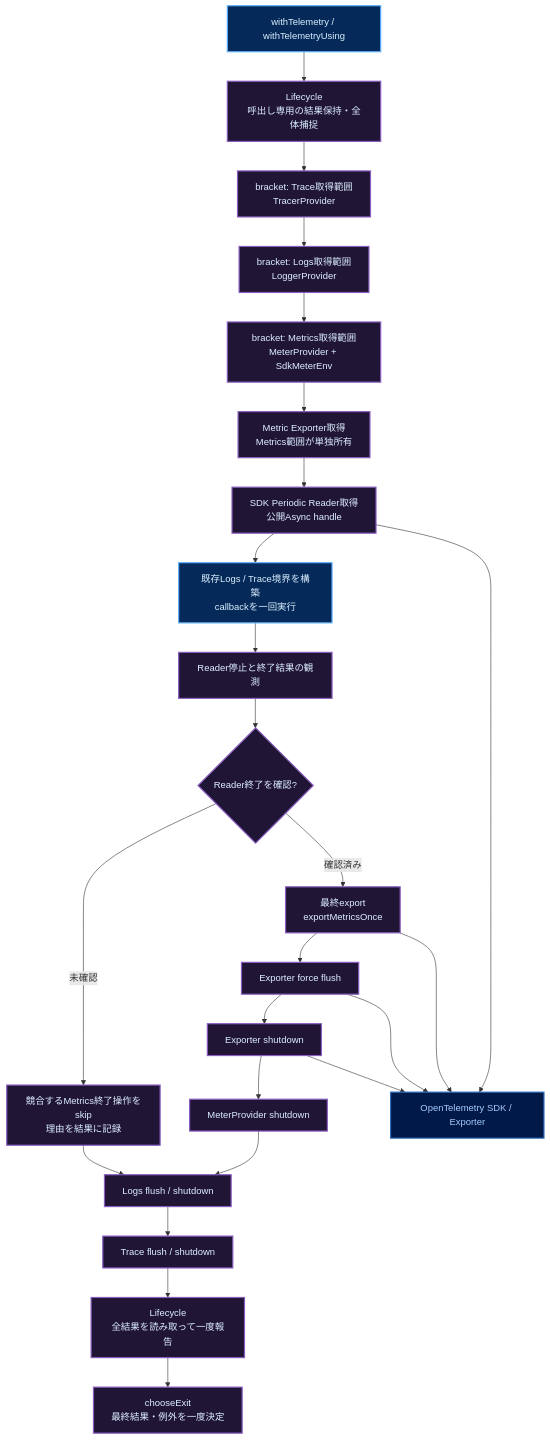
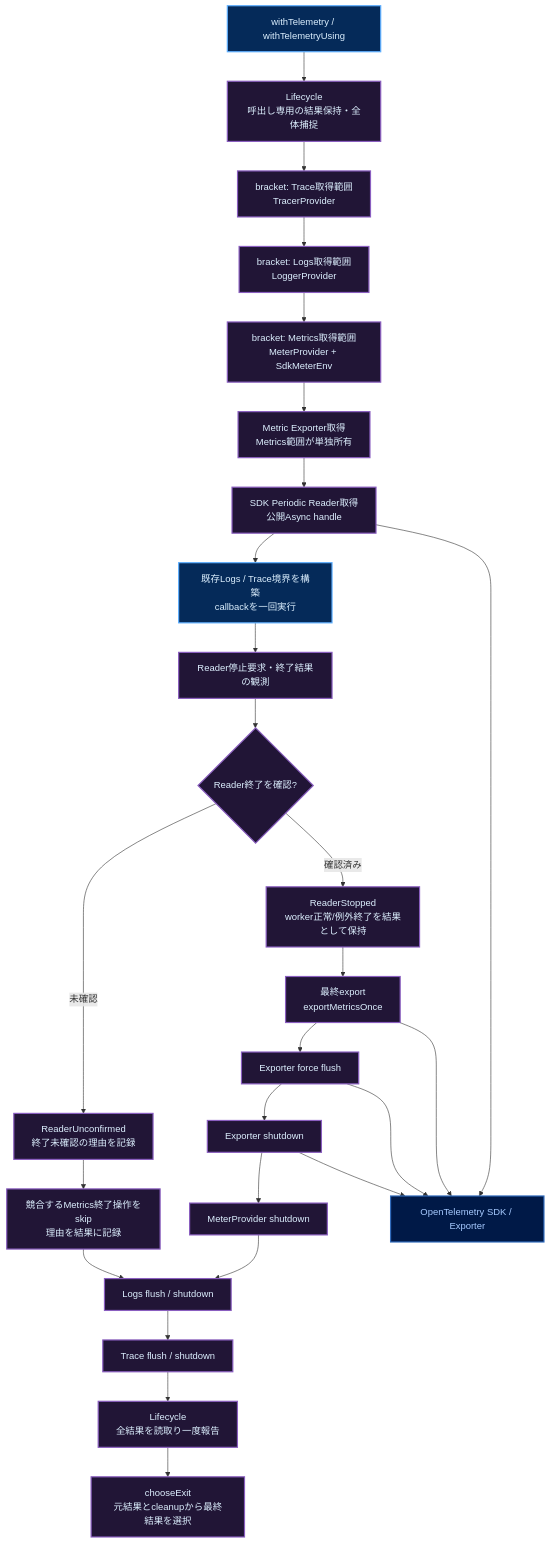
Before and after one commit to takashit16833/Workbench: the third of 4 diagrams in Notes/RAGScope/RAGScopeアプリケーション/RAGScopeアプリケーション Haskellライブラリ・モジュールマップ.md, drawn with Mermaid. The commit also changed other lines of this file, not shown here.

Commit message:
docs: align RS-0024 module map with separated SDK lifecycle plan

````diff
--- a/Notes/RAGScope/RAGScopeアプリケーション/RAGScopeアプリケーション Haskellライブラリ・モジュールマップ.md
+++ b/Notes/RAGScope/RAGScopeアプリケーション/RAGScopeアプリケーション Haskellライブラリ・モジュールマップ.md
@@ -140,41 +144,43 @@
 ```mermaid
 flowchart TB
   root["withTelemetry / withTelemetryUsing"]
   scope["Lifecycle<br/>呼出し専用の結果保持・全体捕捉"]
   trace["bracket: Trace取得範囲<br/>TracerProvider"]
   logs["bracket: Logs取得範囲<br/>LoggerProvider"]
   meter["bracket: Metrics取得範囲<br/>MeterProvider + SdkMeterEnv"]
   exporter["Metric Exporter取得<br/>Metrics範囲が単独所有"]
   reader["SDK Periodic Reader取得<br/>公開Async handle"]
   use["既存Logs / Trace境界を構築<br/>callbackを一回実行"]
-  stop["Reader停止と終了結果の観測"]
+  stop["Reader停止要求・終了結果の観測"]
   confirmed{"Reader終了を確認?"}
+  stopped["ReaderStopped<br/>worker正常/例外終了を結果として保持"]
   export["最終export<br/>exportMetricsOnce"]
   flush["Exporter force flush"]
   close["Exporter shutdown"]
   meterClose["MeterProvider shutdown"]
+  unconfirmed["ReaderUnconfirmed<br/>終了未確認の理由を記録"]
   skipped["競合するMetrics終了操作をskip<br/>理由を結果に記録"]
   logsClose["Logs flush / shutdown"]
   traceClose["Trace flush / shutdown"]
-  report["Lifecycle<br/>全結果を読み取って一度報告"]
-  choose["chooseExit<br/>最終結果・例外を一度決定"]
+  report["Lifecycle<br/>全結果を読取り一度報告"]
+  choose["chooseExit<br/>元結果とcleanupから最終結果を選択"]
   sdk["OpenTelemetry SDK / Exporter"]
 
   root --> scope --> trace --> logs --> meter --> exporter --> reader --> use
   use --> stop --> confirmed
-  confirmed -->|確認済み| export --> flush --> close --> meterClose --> logsClose
-  confirmed -->|未確認| skipped --> logsClose
+  confirmed -->|確認済み| stopped --> export --> flush --> close --> meterClose --> logsClose
+  confirmed -->|未確認| unconfirmed --> skipped --> logsClose
   logsClose --> traceClose --> report --> choose
   reader --> sdk
   export --> sdk
   flush --> sdk
   close --> sdk
 
   classDef public fill:#052A59,stroke:#5EAFFF,color:#DDF0FF,stroke-width:2px
   classDef private fill:#211536,stroke:#8A5EC0,color:#DDF0FF,stroke-width:2px
   classDef external fill:#001947,stroke:#316CBD,color:#A6CAFF,stroke-width:2px
 
   class root,use public
-  class scope,trace,logs,meter,exporter,reader,stop,confirmed,export,flush,close,meterClose,skipped,logsClose,traceClose,report,choose private
+  class scope,trace,logs,meter,exporter,reader,stop,confirmed,stopped,export,flush,close,meterClose,unconfirmed,skipped,logsClose,traceClose,report,choose private
   class sdk external
 ```
````
